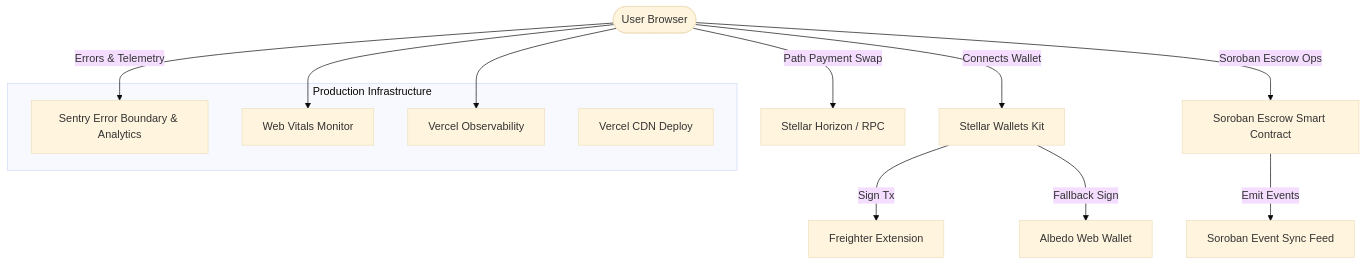
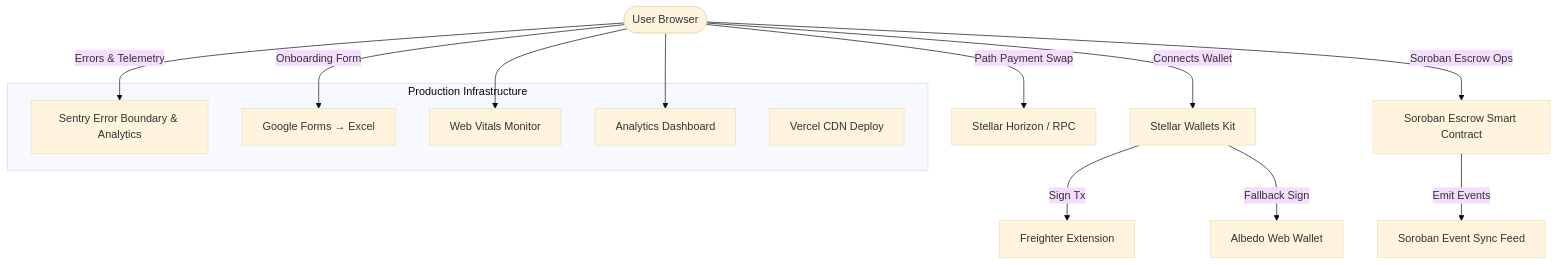
One commit to ps910/StellarSwap-Pro changed the diagram in README.md. Above: the diagram before and after it, drawn with Mermaid (base theme). The commit also changed other lines of this file and 3 other files, not shown here.

````diff
--- a/README.md
+++ b/README.md
@@ -40,23 +35,25 @@
 ```mermaid
 graph TD
     User([User Browser]) -->|Connects Wallet| WalletKit[Stellar Wallets Kit]
     WalletKit -->|Sign Tx| Freighter[Freighter Extension]
     WalletKit -->|Fallback Sign| Albedo[Albedo Web Wallet]
     
     User -->|Path Payment Swap| PathDEX[Stellar Horizon / RPC]
     User -->|Soroban Escrow Ops| EscrowContract[Soroban Escrow Smart Contract]
     
     EscrowContract -->|Emit Events| EventFeed[Soroban Event Sync Feed]
     
     User -->|Errors & Telemetry| Sentry[Sentry Error Boundary & Analytics]
+    User -->|Onboarding Form| GoogleForm[Google Forms → Excel]
     
     subgraph Production Infrastructure
         Sentry
         WebVitals[Web Vitals Monitor]
-        Analytics[Vercel Observability]
+        Analytics[Analytics Dashboard]
         Vercel[Vercel CDN Deploy]
+        GoogleForm
     end
     
     User --> WebVitals
     User --> Analytics
 ```
````
